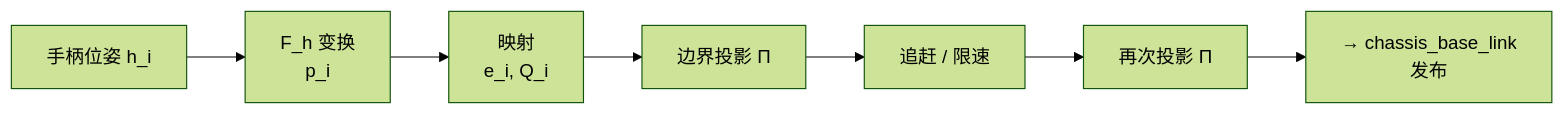
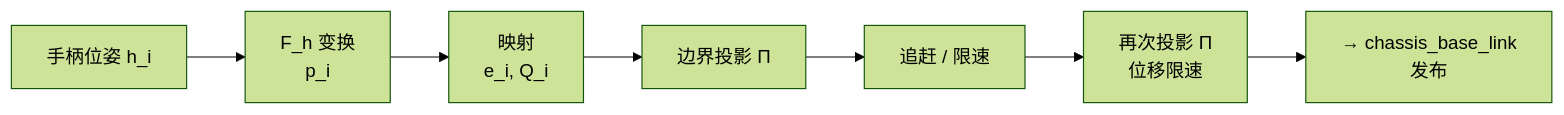
Before and after one commit to AgilexOpensource/lookie_ros: the fifth of 6 diagrams in lookie_teleop/docs/vr_teleop_dev_design.md, drawn with Mermaid (forest theme). The commit also changed other lines of this file and 6 other files, not shown here.

````diff
--- a/lookie_teleop/docs/vr_teleop_dev_design.md
+++ b/lookie_teleop/docs/vr_teleop_dev_design.md
@@ -350,4 +350,4 @@
 ```mermaid
 flowchart LR
-    A["手柄位姿 h_i"] --> B["F_h 变换<br/>p_i"] --> C["映射<br/>e_i, Q_i"] --> D["边界投影 Π"] --> E["追赶 / 限速"] --> F["再次投影 Π"] --> G["→ chassis_base_link<br/>发布"]
+    A["手柄位姿 h_i"] --> B["F_h 变换<br/>p_i"] --> C["映射<br/>e_i, Q_i"] --> D["边界投影 Π"] --> E["追赶 / 限速"] --> F["再次投影 Π<br/>位移限速"] --> G["→ chassis_base_link<br/>发布"]
 ```
````
